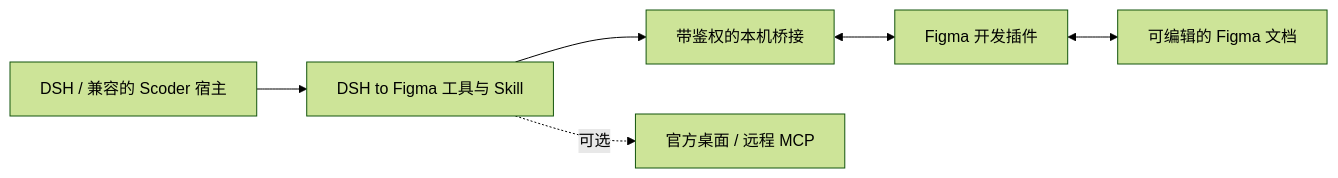
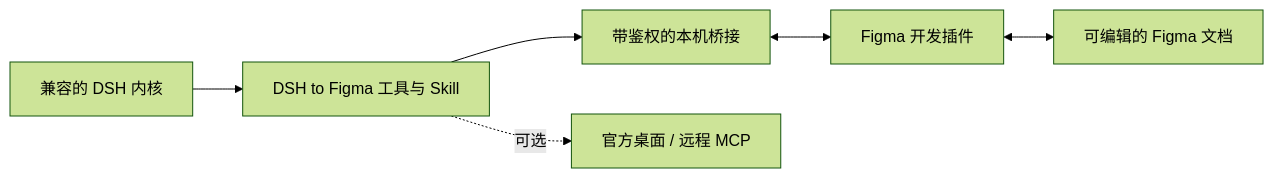
One commit to Duoasa/DSH-to-Figma changed the diagram in README.zh-CN.md. Above: the diagram before and after it, drawn with Mermaid (forest theme). The commit also changed other lines of this file and 9 other files, not shown here.

````diff
--- a/README.zh-CN.md
+++ b/README.zh-CN.md
@@ -38,8 +50,8 @@
 ```mermaid
 flowchart LR
-    A[DSH / 兼容的 Scoder 宿主] --> B[DSH to Figma 工具与 Skill]
+    A[兼容的 DSH 内核] --> B[DSH to Figma 工具与 Skill]
     B --> C[带鉴权的本机桥接]
     C <--> D[Figma 开发插件]
     D <--> E[可编辑的 Figma 文档]
     B -. 可选 .-> F[官方桌面 / 远程 MCP]
 ```
````
